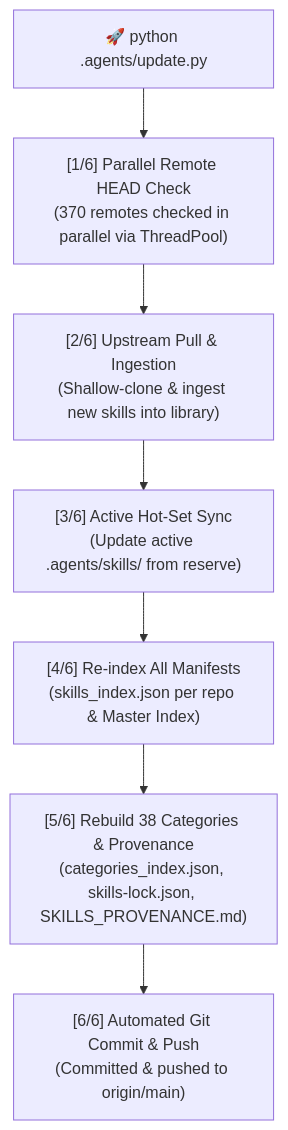
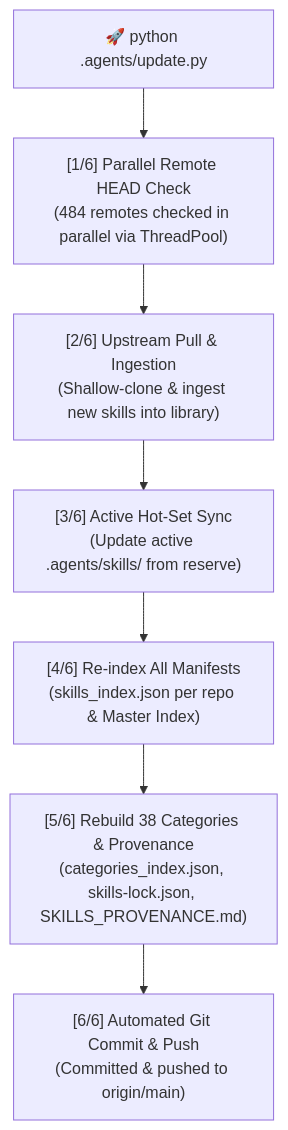
Before and after one commit to SeaXen/agentskills: the diagram in README.md, drawn with Mermaid. The commit also changed other lines of this file and 152 other files, not shown here.

````diff
--- a/README.md
+++ b/README.md
@@ -155,9 +155,9 @@
 ```mermaid
 flowchart TD
-    A["🚀 python .agents/update.py"] --> B["[1/6] Parallel Remote HEAD Check<br/>(370 remotes checked in parallel via ThreadPool)"]
+    A["🚀 python .agents/update.py"] --> B["[1/6] Parallel Remote HEAD Check<br/>(484 remotes checked in parallel via ThreadPool)"]
     B --> C["[2/6] Upstream Pull & Ingestion<br/>(Shallow-clone & ingest new skills into library)"]
     C --> D["[3/6] Active Hot-Set Sync<br/>(Update active .agents/skills/ from reserve)"]
     D --> E["[4/6] Re-index All Manifests<br/>(skills_index.json per repo & Master Index)"]
     E --> F["[5/6] Rebuild 38 Categories & Provenance<br/>(categories_index.json, skills-lock.json, SKILLS_PROVENANCE.md)"]
     F --> G["[6/6] Automated Git Commit & Push<br/>(Committed & pushed to origin/main)"]
 ```
````
